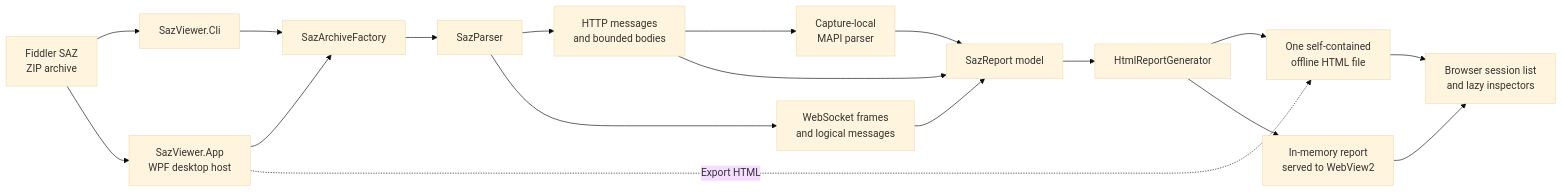
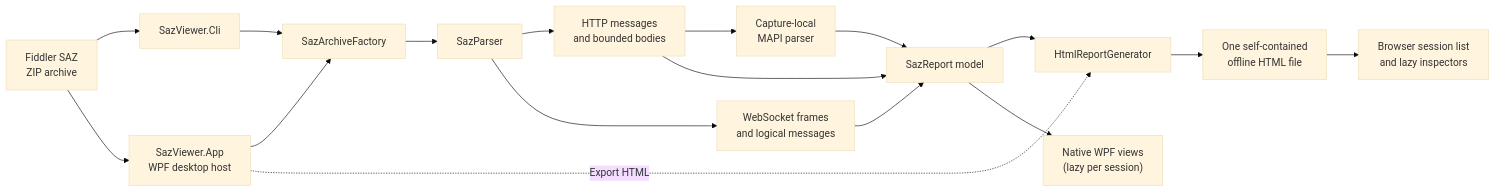
One commit to macienMSFT/Saz-Viewer changed the first of 2 diagrams in docs/architecture/README.md. Above: the diagram before and after it, drawn with Mermaid (base theme). The commit also changed other lines of this file and 5 other files, not shown here.

Commit message:
Docs: native desktop view architecture, lazy loading, and WebView sandbox

````diff
--- a/docs/architecture/README.md
+++ b/docs/architecture/README.md
@@ -5,20 +5,19 @@
 ```mermaid
 flowchart LR
     SAZ["Fiddler SAZ<br/>ZIP archive"] --> CLI["SazViewer.Cli"]
     SAZ --> APP["SazViewer.App<br/>WPF desktop host"]
     CLI --> AF["SazArchiveFactory"]
     APP --> AF
     AF --> SP["SazParser"]
     SP --> HTTP["HTTP messages<br/>and bounded bodies"]
     SP --> WS["WebSocket frames<br/>and logical messages"]
     HTTP --> MAPI["Capture-local<br/>MAPI parser"]
     HTTP --> MODEL["SazReport model"]
     WS --> MODEL
     MAPI --> MODEL
     MODEL --> GEN["HtmlReportGenerator"]
     GEN --> HTML["One self-contained<br/>offline HTML file"]
     HTML --> UI["Browser session list<br/>and lazy inspectors"]
-    GEN --> MEM["In-memory report<br/>served to WebView2"]
-    MEM --> UI
-    APP -.->|Export HTML| HTML
+    MODEL --> NATIVE["Native WPF views<br/>(lazy per session)"]
+    APP -.->|Export HTML| GEN
 ```
````
